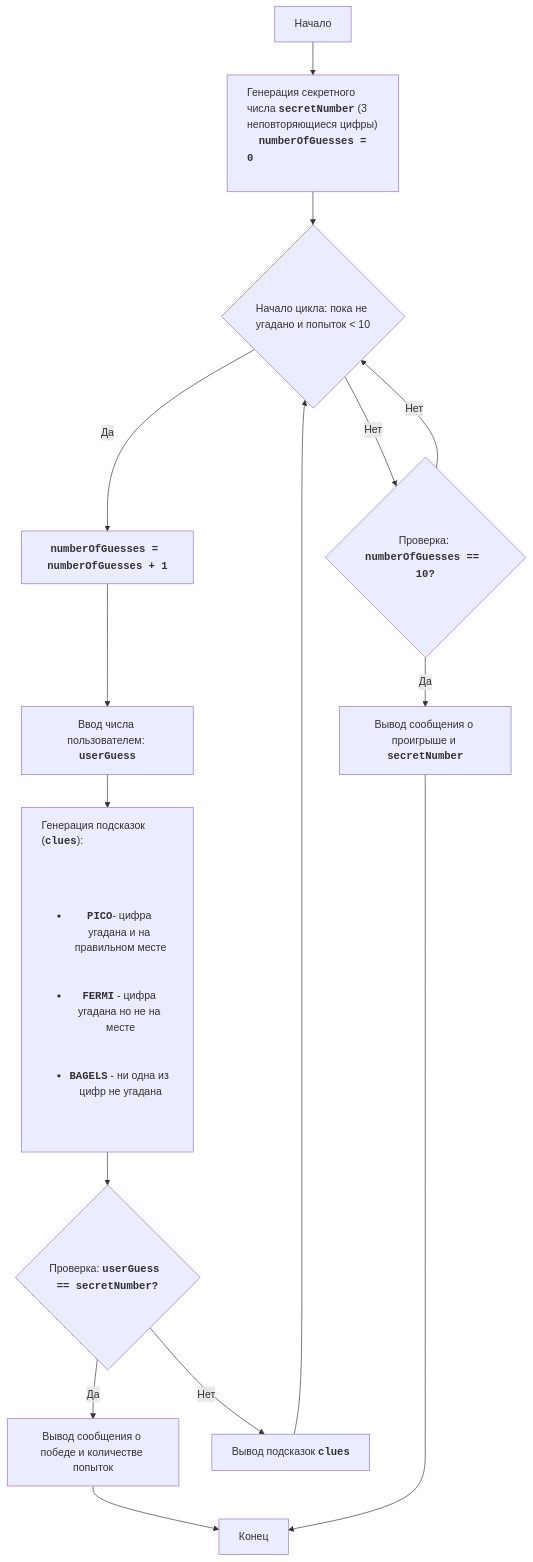
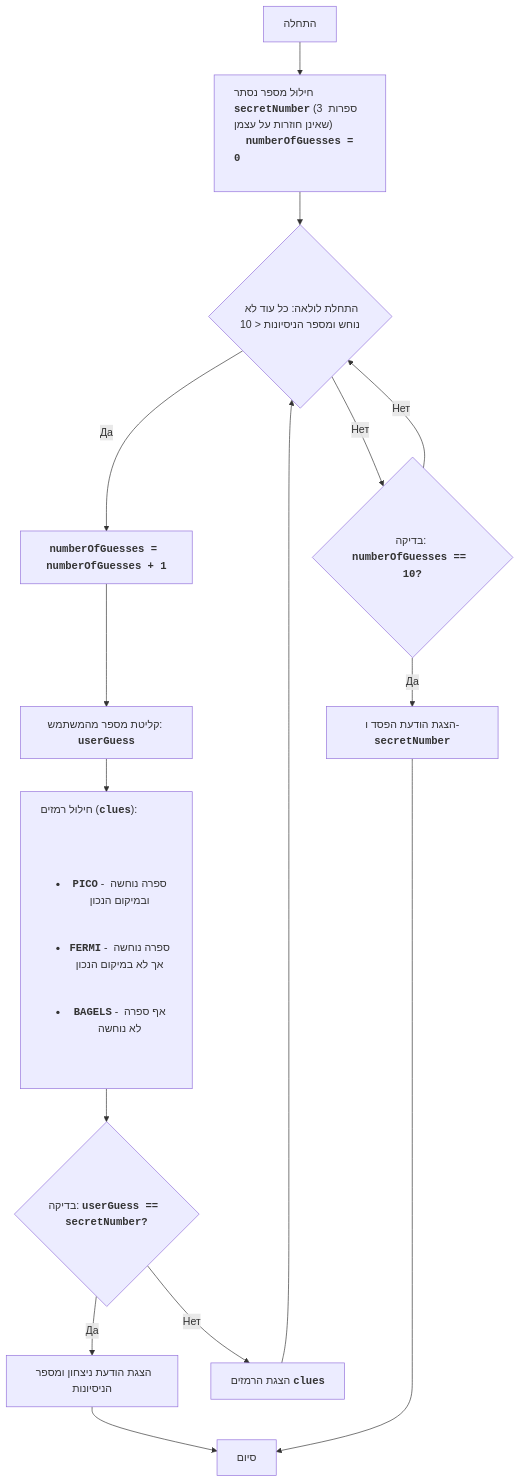
Before and after one commit to hypo69/1001-python-he: the diagram in code/UNSORTED/BAGLES/README.MD, drawn with Mermaid. The commit also changed other lines of this file and 869 other files, not shown here.

````diff
--- a/code/UNSORTED/BAGLES/README.MD
+++ b/code/UNSORTED/BAGLES/README.MD
@@ -31,25 +31,25 @@
 ```mermaid
 flowchart TD
-    Start["Начало"] --> GenerateSecretNumber["<p align='left'>Генерация секретного числа <code><b>secretNumber</b></code> (3 неповторяющиеся цифры)
+    Start["התחלה"] --> GenerateSecretNumber["<p align='left'>חילוּל מספר נסתר <code><b>secretNumber</b></code> (3 ספרות שאינן חוזרות על עצמן)
     <code><b>numberOfGuesses = 0</b></code>
     </p>"]
-    GenerateSecretNumber --> LoopStart{"Начало цикла: пока не угадано и попыток < 10"}
+    GenerateSecretNumber --> LoopStart{"התחלת לולאה: כל עוד לא נוחש ומספר הניסיונות < 10"}
     LoopStart -- Да --> IncreaseGuesses["<code><b>numberOfGuesses = numberOfGuesses + 1</b></code>"]
-    IncreaseGuesses --> InputGuess["Ввод числа пользователем: <code><b>userGuess</b></code>"]
-    InputGuess --> GenerateClues["<p align='left'>Генерация подсказок (<code><b>clues</b></code>):
+    IncreaseGuesses --> InputGuess["קליטת מספר מהמשתמש: <code><b>userGuess</b></code>"]
+    InputGuess --> GenerateClues["<p align='left'>חילוּל רמזים (<code><b>clues</b></code>):
     <ul>
-    <li><code><b>PICO</b></code>- цифра угадана и на правильном месте</li>
-    <li><code><b>FERMI</b></code> - цифра угадана но не на месте</li>
-    <li><code><b>BAGELS</b></code> - ни одна из цифр не угадана</li>
+    <li><code><b>PICO</b></code> - ספרה נוחשה ובמיקום הנכון</li>
+    <li><code><b>FERMI</b></code> - ספרה נוחשה אך לא במיקום הנכון</li>
+    <li><code><b>BAGELS</b></code> - אף ספרה לא נוחשה</li>
     </ul></p>"]
-    GenerateClues --> CheckWin{"Проверка: <code><b>userGuess == secretNumber?</b></code>"}
-    CheckWin -- Да --> OutputWin["Вывод сообщения о победе и количестве попыток"]
-    OutputWin --> End["Конец"]
-    CheckWin -- Нет --> OutputClues["Вывод подсказок <code><b>clues</b></code>"]
+    GenerateClues --> CheckWin{"בדיקה: <code><b>userGuess == secretNumber?</b></code>"}
+    CheckWin -- Да --> OutputWin["הצגת הודעת ניצחון ומספר הניסיונות"]
+    OutputWin --> End["סיום"]
+    CheckWin -- Нет --> OutputClues["הצגת הרמזים <code><b>clues</b></code>"]
     OutputClues --> LoopStart
-    LoopStart -- Нет --> CheckLose{"Проверка: <code><b>numberOfGuesses == 10?</b></code>"}
-    CheckLose -- Да --> OutputLose["Вывод сообщения о проигрыше и <code><b>secretNumber</b></code>"]
+    LoopStart -- Нет --> CheckLose{"בדיקה: <code><b>numberOfGuesses == 10?</b></code>"}
+    CheckLose -- Да --> OutputLose["הצגת הודעת הפסד ו-<code><b>secretNumber</b></code>"]
     OutputLose --> End
     CheckLose -- Нет --> LoopStart
 
 ```
````
